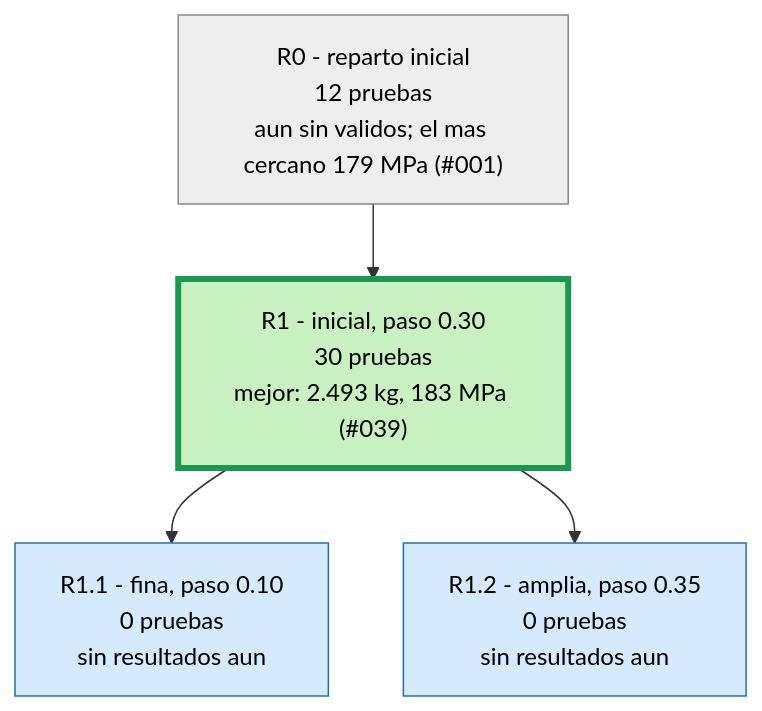
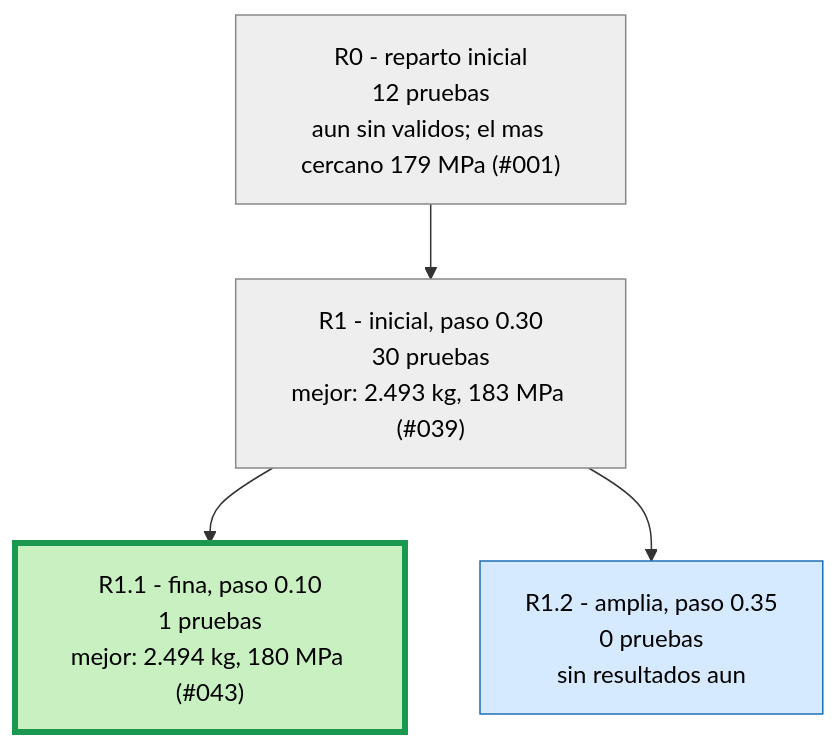
The second of 3 diagrams in runs/opt_37800N/ARBOL.md (Hugiko/msd-soporte-optimizacion), drawn with Mermaid before and after one commit. The commit also changed 47 other files, not shown here.

Commit message:
NUEVO MEJOR DISENO: 2.494 kg, 180 MPa (Refuerzo + vaciado 043)

````diff
--- a/runs/opt_37800N/ARBOL.md
+++ b/runs/opt_37800N/ARBOL.md
@@ -21,13 +21,13 @@
 ```mermaid
 graph TD
 classDef activa fill:#d6eaff,stroke:#1f6fb5,color:#000
 classDef fin fill:#eeeeee,stroke:#888,color:#000
 classDef mejor fill:#c8f0c0,stroke:#1a9850,stroke-width:4px,color:#000
 R0["R0 - reparto inicial<br/>12 pruebas<br/>aun sin validos; el mas cercano 179 MPa (#001)"]:::fin
-R1["R1 - inicial, paso 0.30<br/>30 pruebas<br/>mejor: 2.493 kg, 183 MPa (#039)"]:::mejor
+R1["R1 - inicial, paso 0.30<br/>30 pruebas<br/>mejor: 2.493 kg, 183 MPa (#039)"]:::fin
 R0 --> R1
-R1_1["R1.1 - fina, paso 0.10<br/>0 pruebas<br/>sin resultados aun"]:::activa
+R1_1["R1.1 - fina, paso 0.10<br/>1 pruebas<br/>mejor: 2.494 kg, 180 MPa (#043)"]:::mejor
 R1 --> R1_1
 R1_2["R1.2 - amplia, paso 0.35<br/>0 pruebas<br/>sin resultados aun"]:::activa
 R1 --> R1_2
 ```
````
